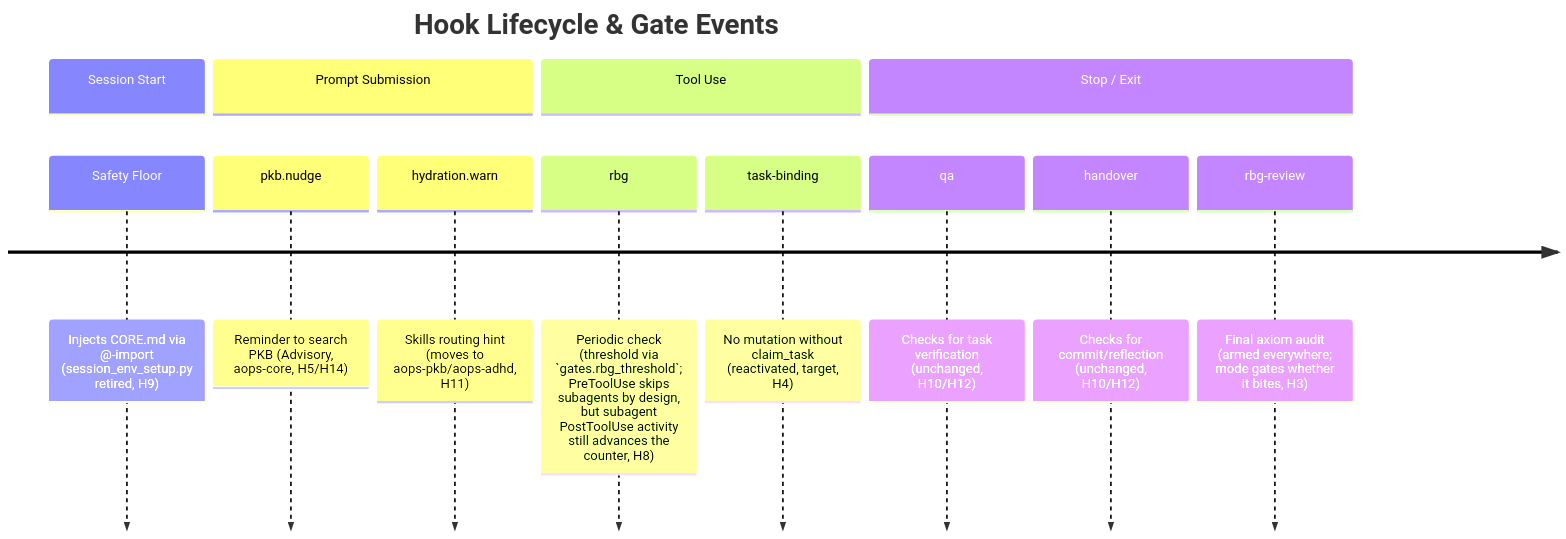
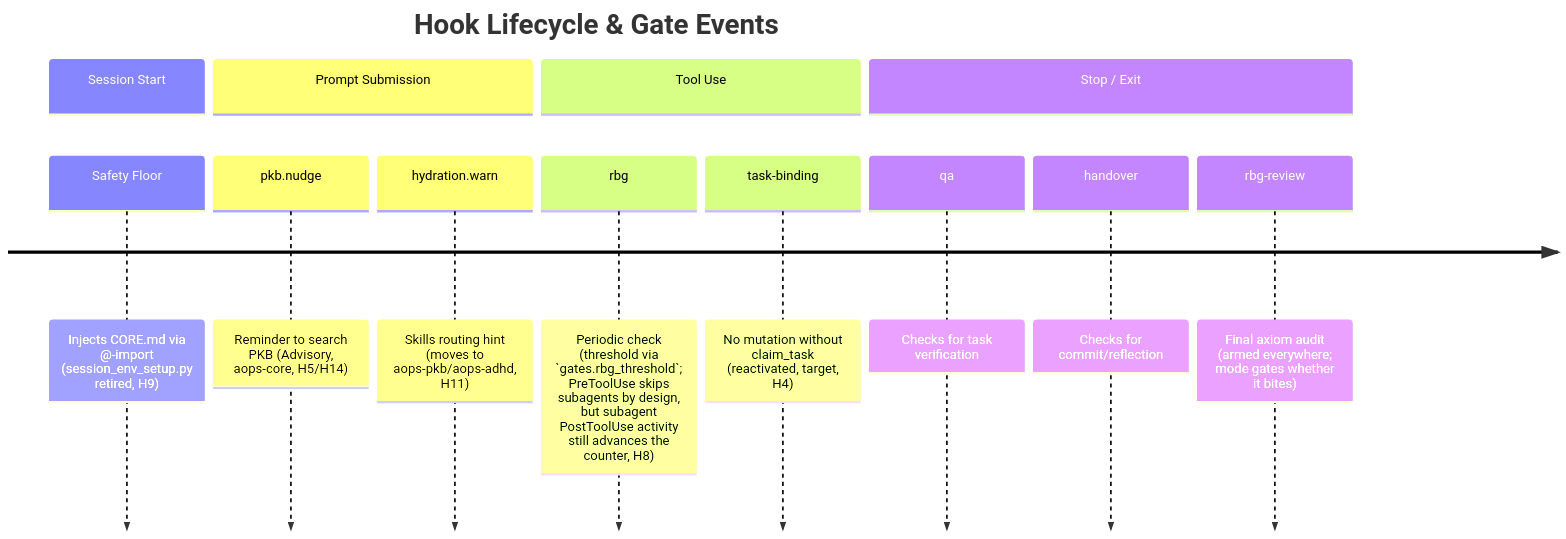
Before and after one commit to nicsuzor/academicOps: the diagram in specs/enforcement/GATES.md, drawn with Mermaid. The commit also changed other lines of this file and 31 other files, not shown here.

````diff
--- a/specs/enforcement/GATES.md
+++ b/specs/enforcement/GATES.md
@@ -71,16 +75,16 @@
 ```mermaid
 timeline
     title Hook Lifecycle & Gate Events
     section Session Start
         Safety Floor : Injects CORE.md via @-import (session_env_setup.py retired, H9)
     section Prompt Submission
         pkb.nudge : Reminder to search PKB (Advisory, aops-core, H5/H14)
         hydration.warn : Skills routing hint (moves to aops-pkb/aops-adhd, H11)
     section Tool Use
         rbg : Periodic check (threshold via `gates.rbg_threshold`; PreToolUse skips subagents by design, but subagent PostToolUse activity still advances the counter, H8)
         task-binding : No mutation without claim_task (reactivated, target, H4)
     section Stop / Exit
-        qa : Checks for task verification (unchanged, H10/H12)
-        handover : Checks for commit/reflection (unchanged, H10/H12)
-        rbg-review : Final axiom audit (armed everywhere; mode gates whether it bites, H3)
+        qa : Checks for task verification
+        handover : Checks for commit/reflection
+        rbg-review : Final axiom audit (armed everywhere; mode gates whether it bites)
 ```
````
